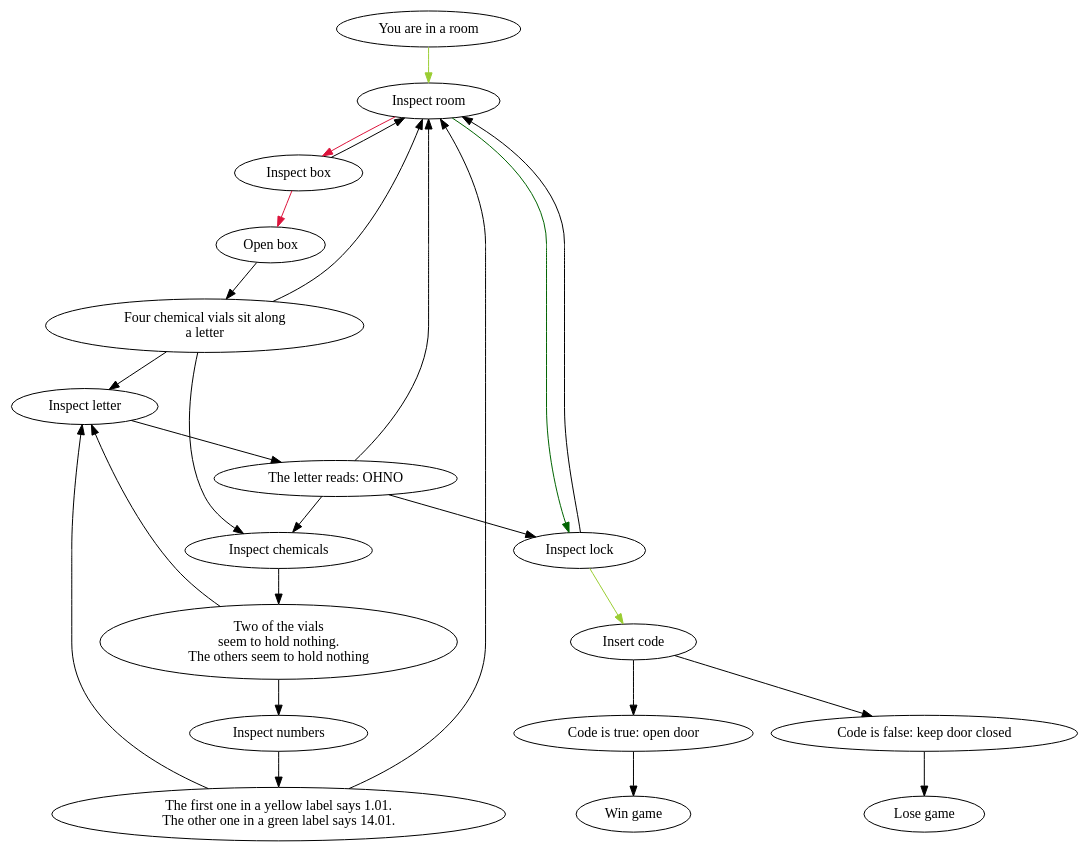
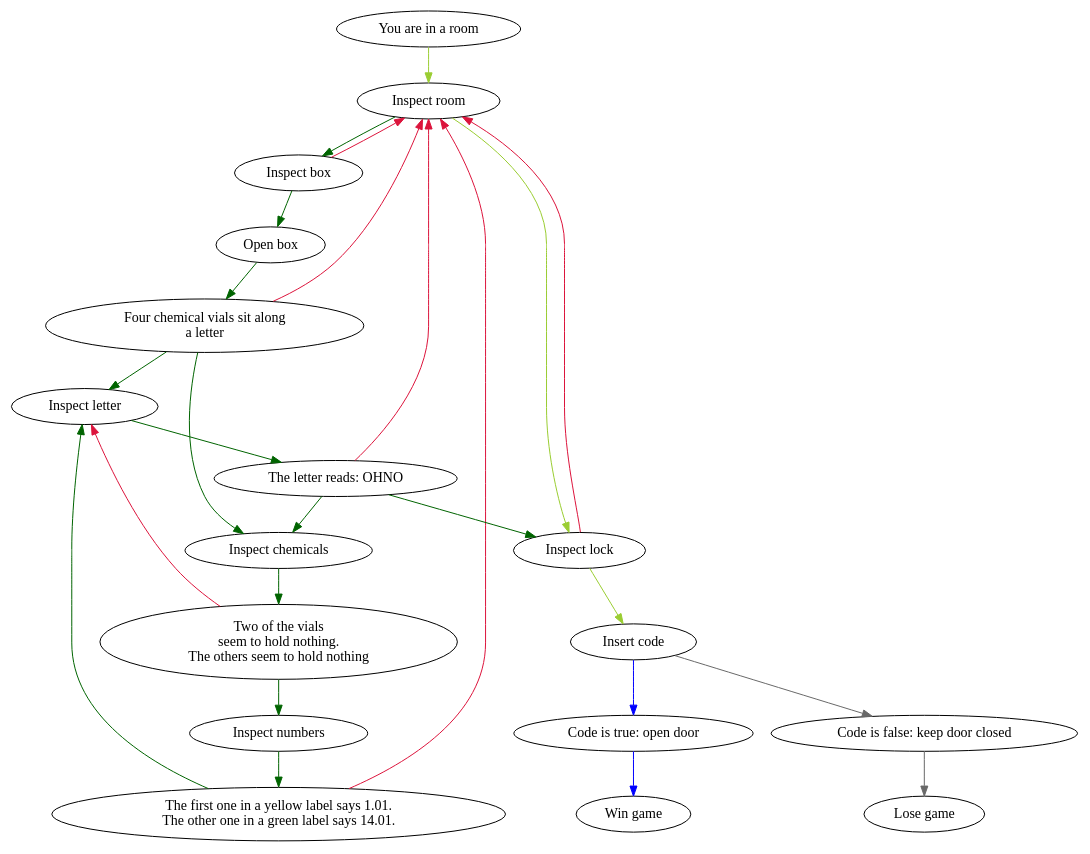
The diagram in Reisch_7_emacs.dot (sreisch3829/Reisch_7_Journal), drawn with Graphviz before and after one commit. The commit also changed 2 other files, not shown here.

```diff
--- a/Reisch_7_emacs.dot
+++ b/Reisch_7_emacs.dot
@@ -1,48 +1,48 @@
 digraph Stormy_game {
 
 A [label="You are in a room"]
 B [label="Inspect room"]
 C [label="Inspect box"]
 D [label="Inspect lock"]
 E [label="Open box"]
 F [label="Four chemical vials sit along \n a letter"]
 G [label="Inspect chemicals"]
 H [label="Inspect letter"]
 I [label="Two of the vials \n seem to hold nothing. \n The others seem to hold nothing"]
 J [label="Inspect numbers"]
 K [label="The first one in a yellow label says 1.01.\n The other one in a green label says 14.01."]
 L [label="The letter reads: OHNO"]
 M [label="Insert code"]
 N [label="Code is false: keep door closed"]
 O [label="Code is true: open door"]
 P [label="Lose game"]
 Q [label="Win game"]
 
 
 A -> B [color="yellowgreen"]
-B -> C [color="crimson"]
-B -> D [color="darkgreen"]
-C -> B []
-C -> E [color="crimson"]
-E -> F []
-F -> G []
-F -> H []
-F -> B []
-G -> I []
-I -> H []
-I -> J []
-J -> K []
-K -> H []
-K -> B []
-H -> L []
-L -> B []
-L -> G []
-L -> D []
+B -> C [color="darkgreen"]
+B -> D [color="yellowgreen"]
+C -> B [color="crimson"]
+C -> E [color="darkgreen"]
+E -> F [color="darkgreen"]
+F -> G [color="darkgreen"]
+F -> H [color="darkgreen"]
+F -> B [color="crimson"]
+G -> I [color="darkgreen"]
+I -> H [color="crimson"]
+I -> J [color="darkgreen"]
+J -> K [color="darkgreen"]
+K -> H [color="darkgreen"]
+K -> B [color="crimson"]
+H -> L [color="darkgreen"]
+L -> B [color="crimson"]
+L -> G [color="darkgreen"]
+L -> D [color="darkgreen"]
 D -> M [color="yellowgreen"]
-D -> B []
-M -> N []
-M -> O []
-N -> P []
-O -> Q []
+D -> B [color="crimson"]
+M -> N [color="dimgray"]
+M -> O [color="blue"]
+N -> P [color="dimgray"]
+O -> Q [color="blue"]
 
 }
```
